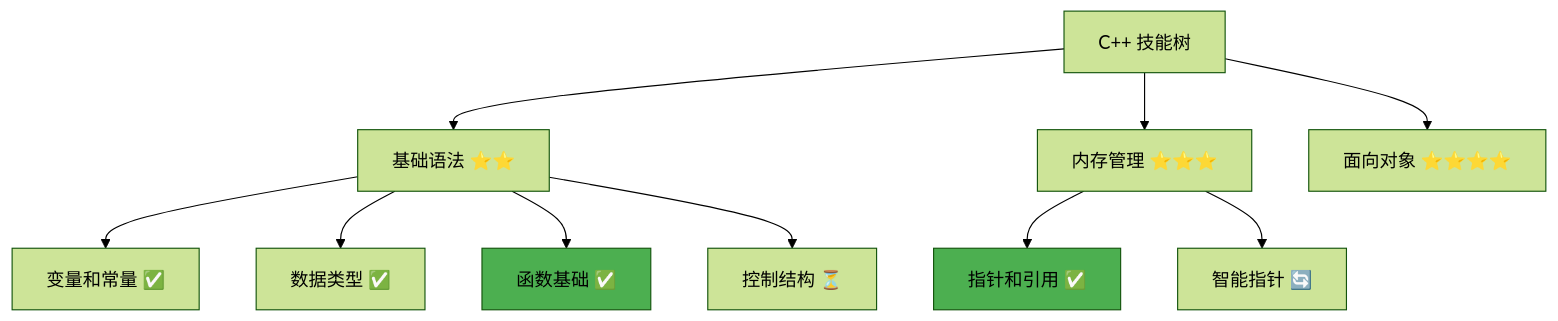
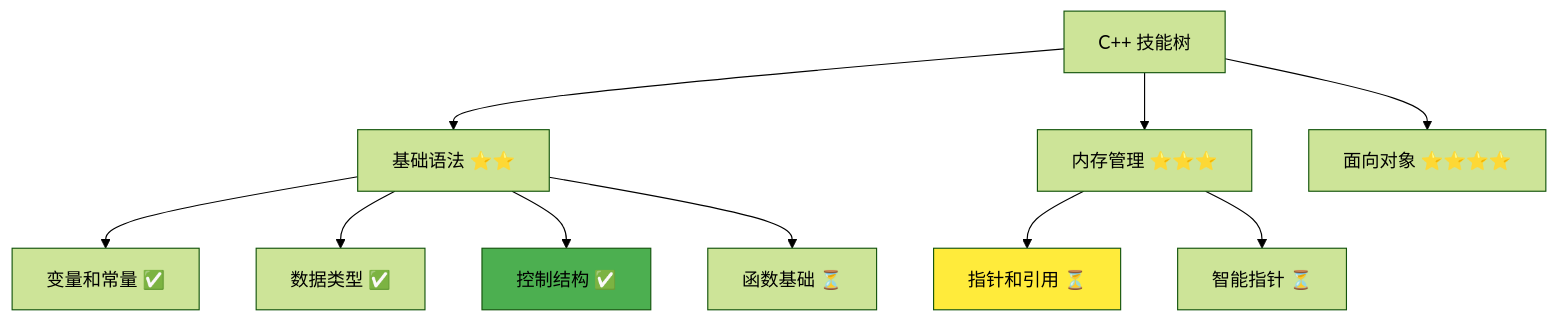
Before and after one commit to IdEvEbI/QtLanChat-FeiQClone: the second of 2 diagrams in docs/standard/template/01-basic-tutorial-template.md, drawn with Mermaid (forest theme). The commit also changed other lines of this file, not shown here.

````diff
--- a/docs/standard/template/01-basic-tutorial-template.md
+++ b/docs/standard/template/01-basic-tutorial-template.md
@@ -288,17 +312,17 @@
 ```mermaid
 graph TD
     A[C++ 技能树] --> B[基础语法 ⭐⭐]
     A --> C[内存管理 ⭐⭐⭐]
     A --> D[面向对象 ⭐⭐⭐⭐]
 
     B --> B1[变量和常量 ✅]
     B --> B2[数据类型 ✅]
-    B --> B3[函数基础 ✅]
-    B --> B4[控制结构 ⏳]
+    B --> B3[控制结构 ✅]
+    B --> B4[函数基础 ⏳]
 
-    C --> C1[指针和引用 ✅]
-    C --> C2[智能指针 🔄]
+    C --> C1[指针和引用 ⏳]
+    C --> C2[智能指针 ⏳]
 
-    style C1 fill:#4caf50
     style B3 fill:#4caf50
+    style C1 fill:#ffeb3b
 ```
````
